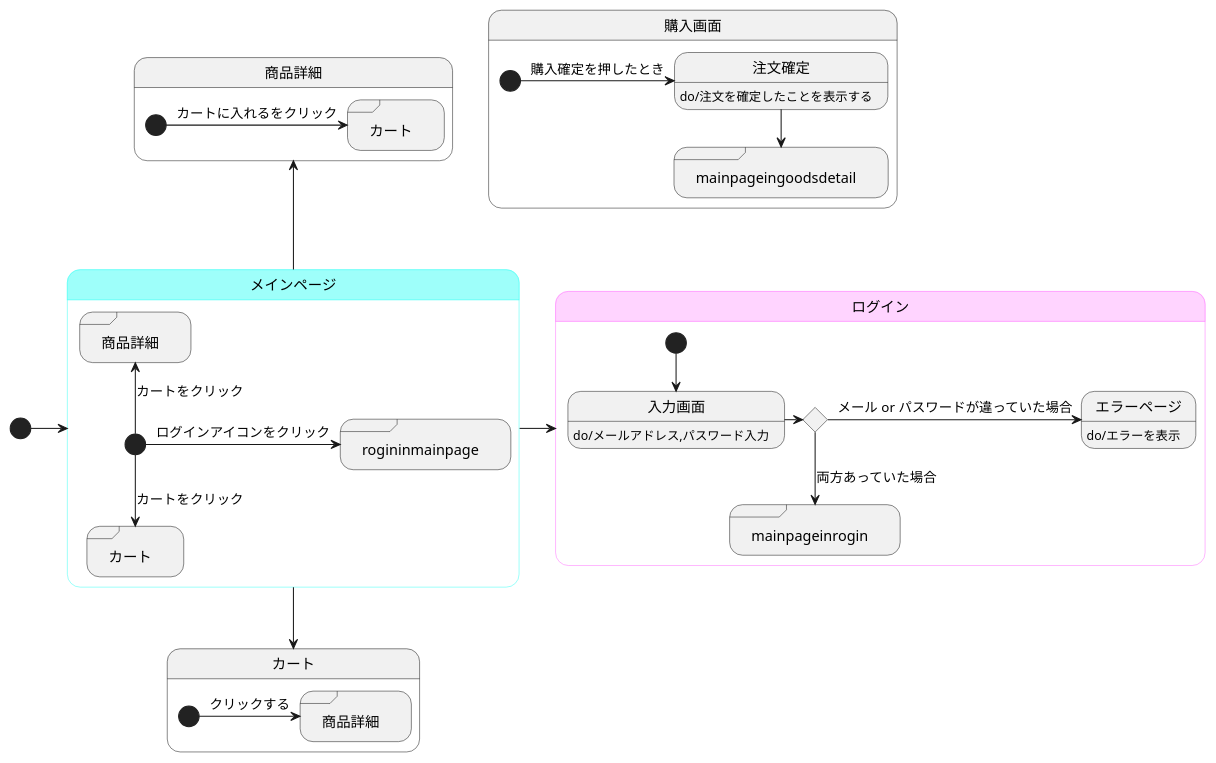
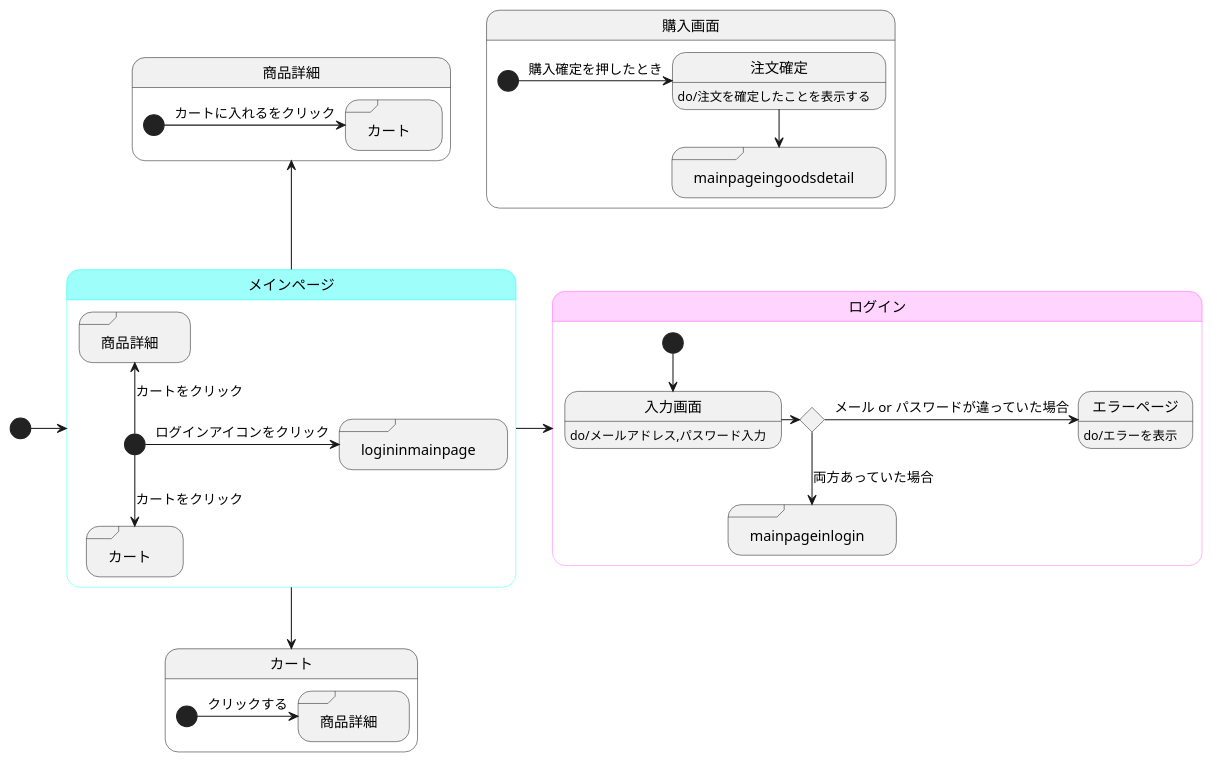
One commit to akutori/T-D-E changed the diagram in UML.md. Above: the diagram before and after it, drawn with PlantUML.

Commit message:
誤字の修正

````diff
--- a/UML.md
+++ b/UML.md
@@ -1,66 +1,66 @@
 ```uml
 @startuml
 
 
 
 
 [*]->メインページ
 メインページ->ログイン
 メインページ-->カート
 メインページ-up->商品詳細
 
 state メインページ<<mainpage>>{
-state "ログイン" as rogininmainpage  <<sdlreceive>>
+state "ログイン" as logininmainpage  <<sdlreceive>>
 state "カート" as cartinmainpage <<sdlreceive>>
 state "商品詳細" as goodsdetailinmainpage <<sdlreceive>>
-    [*]-> rogininmainpage :ログインアイコンをクリック
+    [*]-> logininmainpage :ログインアイコンをクリック
     [*]--> cartinmainpage :カートをクリック
     [*]-up-> goodsdetailinmainpage :カートをクリック
 }
 
-state ログイン<<rogin>>{
+state ログイン<<login>>{
 state input <<choice>>
-state "メインページ" as mainpageinrogin<<sdlreceive>>
+state "メインページ" as mainpageinlogin<<sdlreceive>>
 
 入力画面:do/メールアドレス,パスワード入力
 エラーページ:do/エラーを表示
     [*]--> 入力画面
     入力画面->input
     input->エラーページ:メール or パスワードが違っていた場合
-    input-->mainpageinrogin : 両方あっていた場合
+    input-->mainpageinlogin : 両方あっていた場合
 
 }
 
 state 購入画面{
 state "メインページ" as mainpageingoodsdetail<<sdlreceive>>
 注文確定:do/注文を確定したことを表示する
     [*]->注文確定 :購入確定を押したとき
     注文確定-->mainpageingoodsdetail
 }
 
 
 state カート{
 state "商品詳細" as goodsdetailincart <<sdlreceive>>
 
     [*]->goodsdetailincart :クリックする
 }
 
 state 商品詳細{
 state "カート" as cartingoodsdetail <<sdlreceive>>
 
     [*]->cartingoodsdetail :カートに入れるをクリック
 }
 
 ' メインページカラー
 skinparam stateBorderColor<<mainpage>> #40fff5
 state メインページ #9efffa
 state mainpageingoodsdetail #9efffa
-state mainpageinrogin #9efffa
+state mainpageinlogin #9efffa
 
 ' ログインカラー
-skinparam stateBorderColor<<rogin>> #ff73ff
+skinparam stateBorderColor<<login>> #ff73ff
 state ログイン #ffd4ff
-state rogininmainpage #ffd4ff
+state logininmainpage #ffd4ff
 
 @enduml
 ```
````
